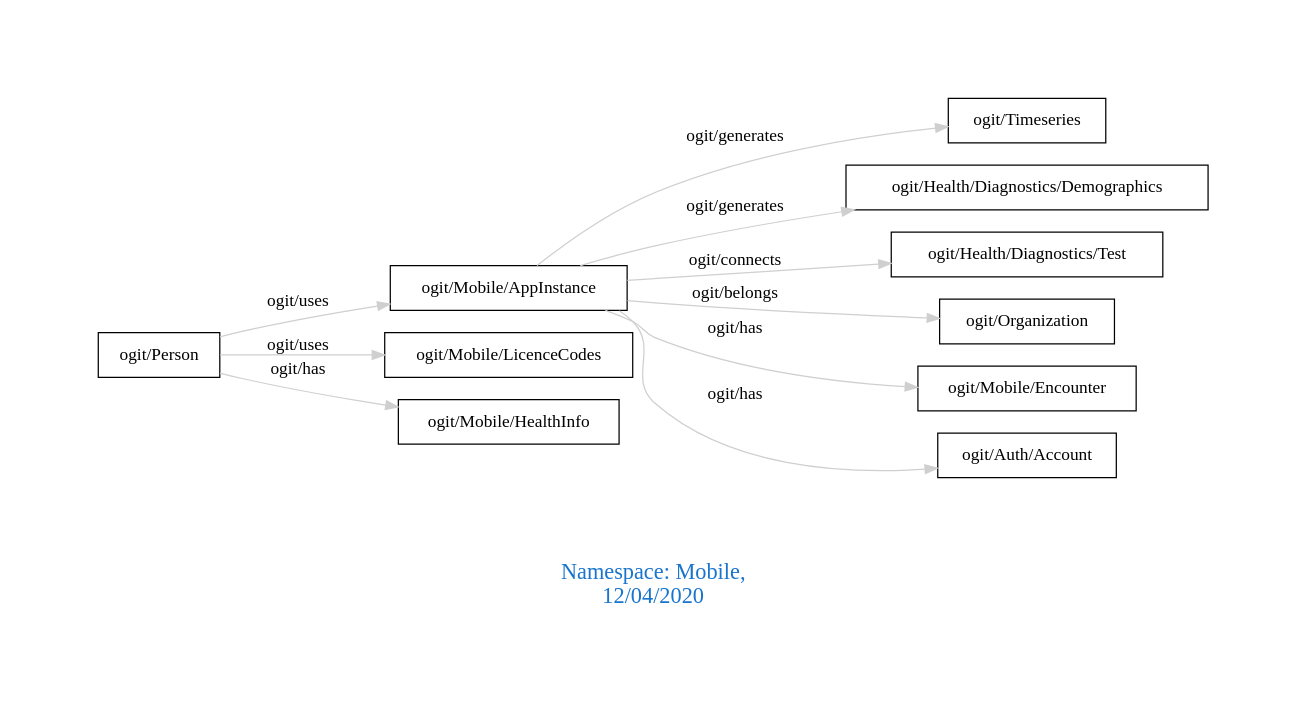
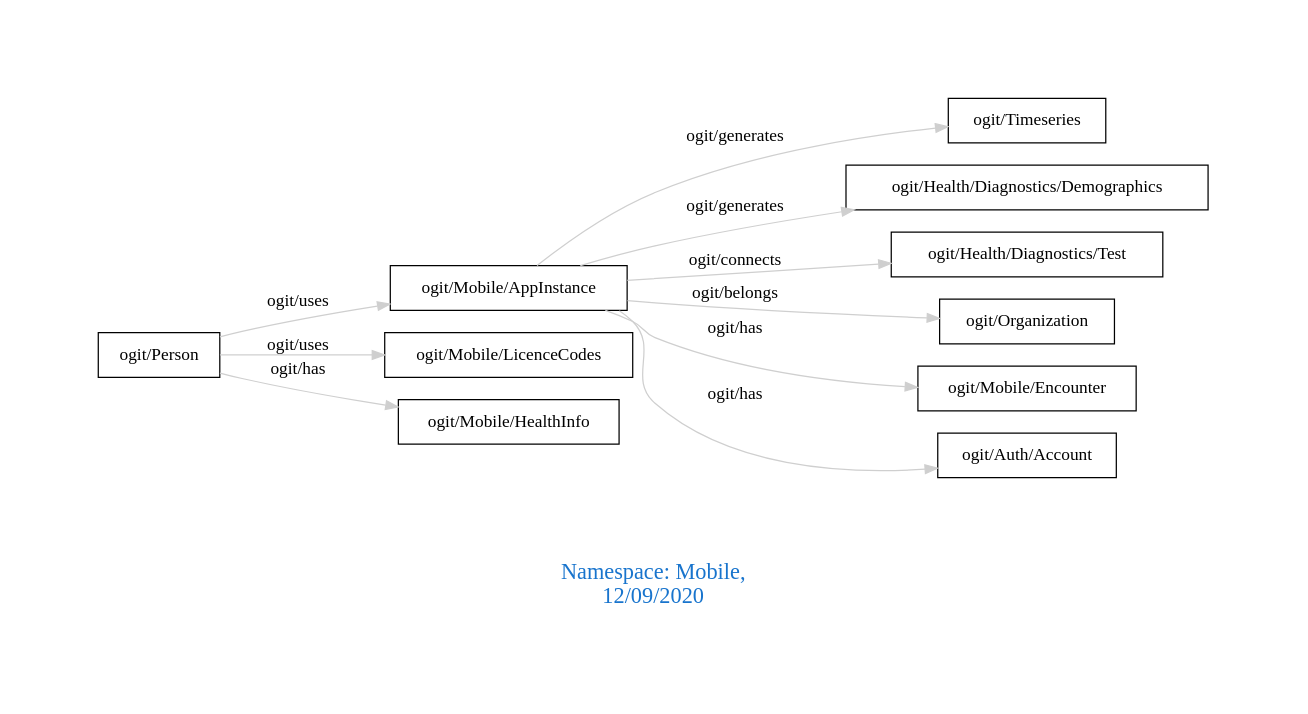
Before and after one commit to arago/OGIT: the diagram in downloads/Mobile.dot, drawn with Graphviz. The commit also changed 1822 other files, not shown here.

```diff
--- a/downloads/Mobile.dot
+++ b/downloads/Mobile.dot
@@ -1,17 +1,17 @@
 digraph OGIT_ontology {
  graph [ rankdir= LR,pad=1 
 fontsize = 18,
-fontcolor= dodgerblue3,label = "\n\n\nNamespace: Mobile, \n 12/04/2020"];
+fontcolor= dodgerblue3,label = "\n\n\nNamespace: Mobile, \n 12/09/2020"];
 node[shape=polygon];
 edge [  color="gray81"];
 
    "ogit/Mobile/AppInstance" -> "ogit/Timeseries" [label="   ogit/generates    "];
    "ogit/Mobile/AppInstance" -> "ogit/Health/Diagnostics/Demographics" [label="   ogit/generates    "];
    "ogit/Mobile/AppInstance" -> "ogit/Health/Diagnostics/Test" [label="   ogit/connects    "];
    "ogit/Mobile/AppInstance" -> "ogit/Organization" [label="   ogit/belongs    "];
    "ogit/Person" -> "ogit/Mobile/AppInstance" [label="   ogit/uses    "];
    "ogit/Person" -> "ogit/Mobile/LicenceCodes" [label="   ogit/uses    "];
    "ogit/Mobile/AppInstance" -> "ogit/Mobile/Encounter" [label="   ogit/has    "];
    "ogit/Mobile/AppInstance" -> "ogit/Auth/Account" [label="   ogit/has    "];
    "ogit/Person" -> "ogit/Mobile/HealthInfo" [label="   ogit/has    "];
 }
```
